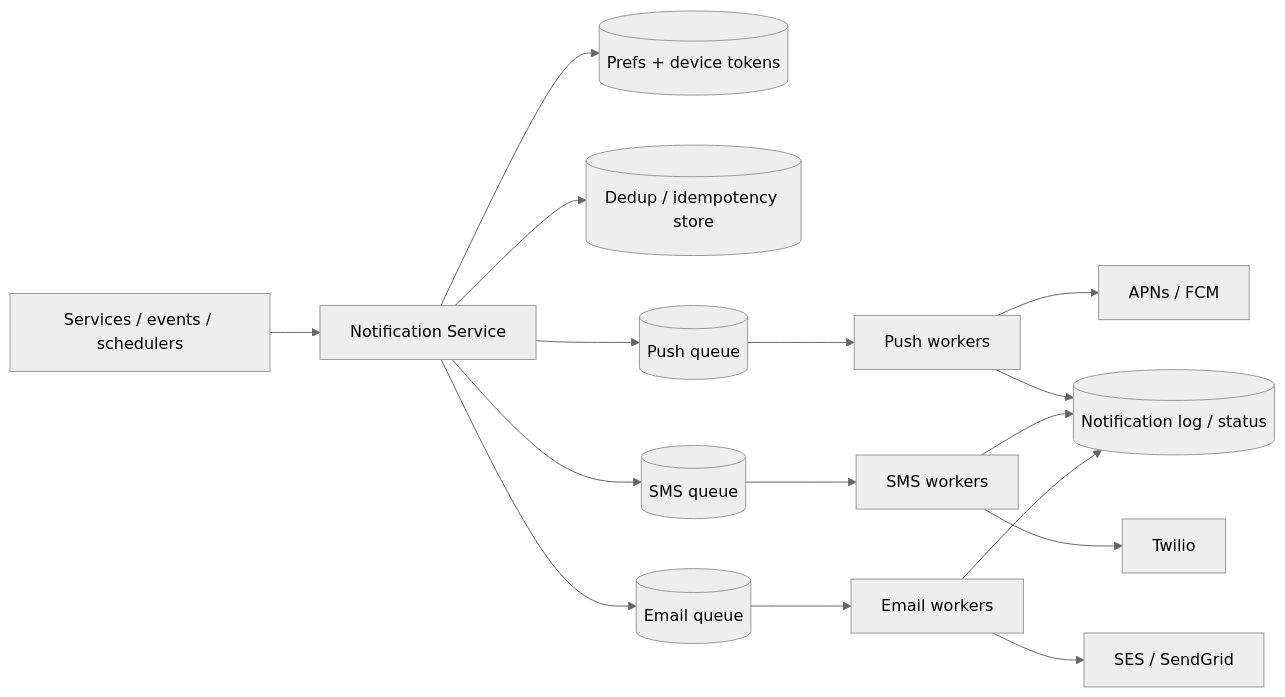
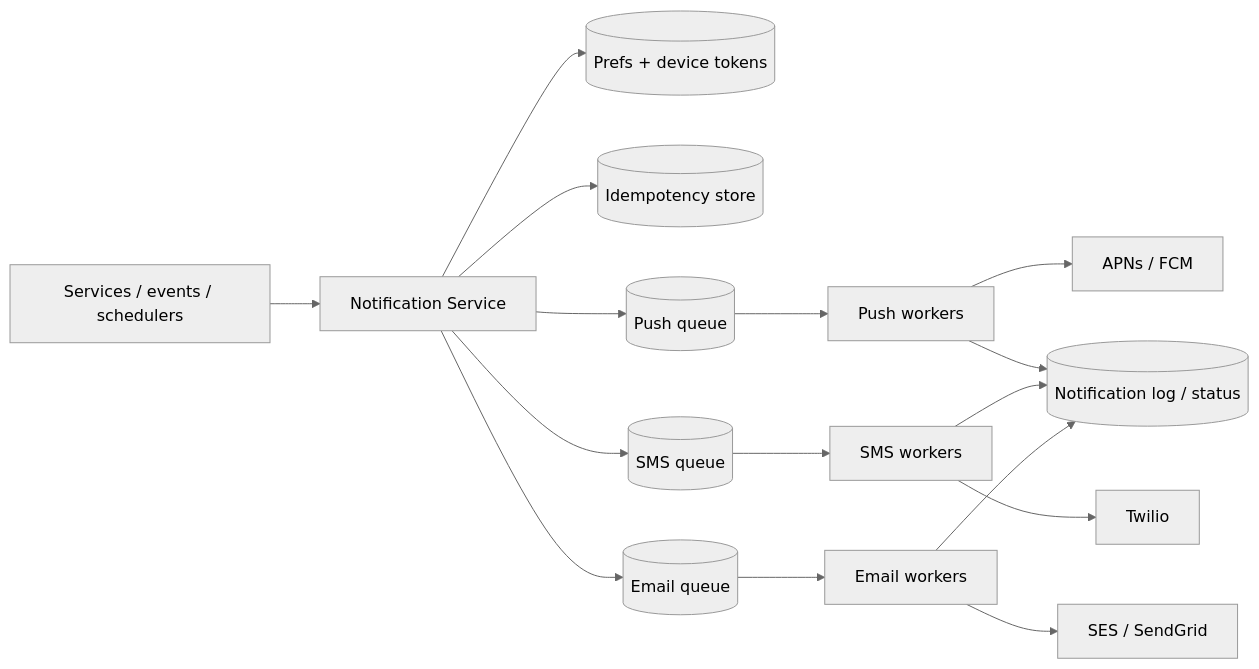
One commit to hiepgithub2001/swedocs changed the diagram in system-design/2-case-studies/notification-system.md. Above: the diagram before and after it, drawn with Mermaid (neutral theme). The commit also changed other lines of this file and 4 other files, not shown here.

````diff
--- a/system-design/2-case-studies/notification-system.md
+++ b/system-design/2-case-studies/notification-system.md
@@ -31,10 +46,10 @@
 ```mermaid
 flowchart LR
     Svcs[Services / events / schedulers] --> API[Notification Service]
     API --> Pref[(Prefs + device tokens)]
-    API --> Dedup[(Dedup / idempotency store)]
+    API --> Dedup[(Idempotency store)]
     API --> Qp[(Push queue)] --> Wp[Push workers] --> FCM[APNs / FCM]
     API --> Qs[(SMS queue)] --> Ws[SMS workers] --> Twilio
     API --> Qe[(Email queue)] --> We[Email workers] --> SES[SES / SendGrid]
     Wp & Ws & We --> Log[(Notification log / status)]
 ```
````
